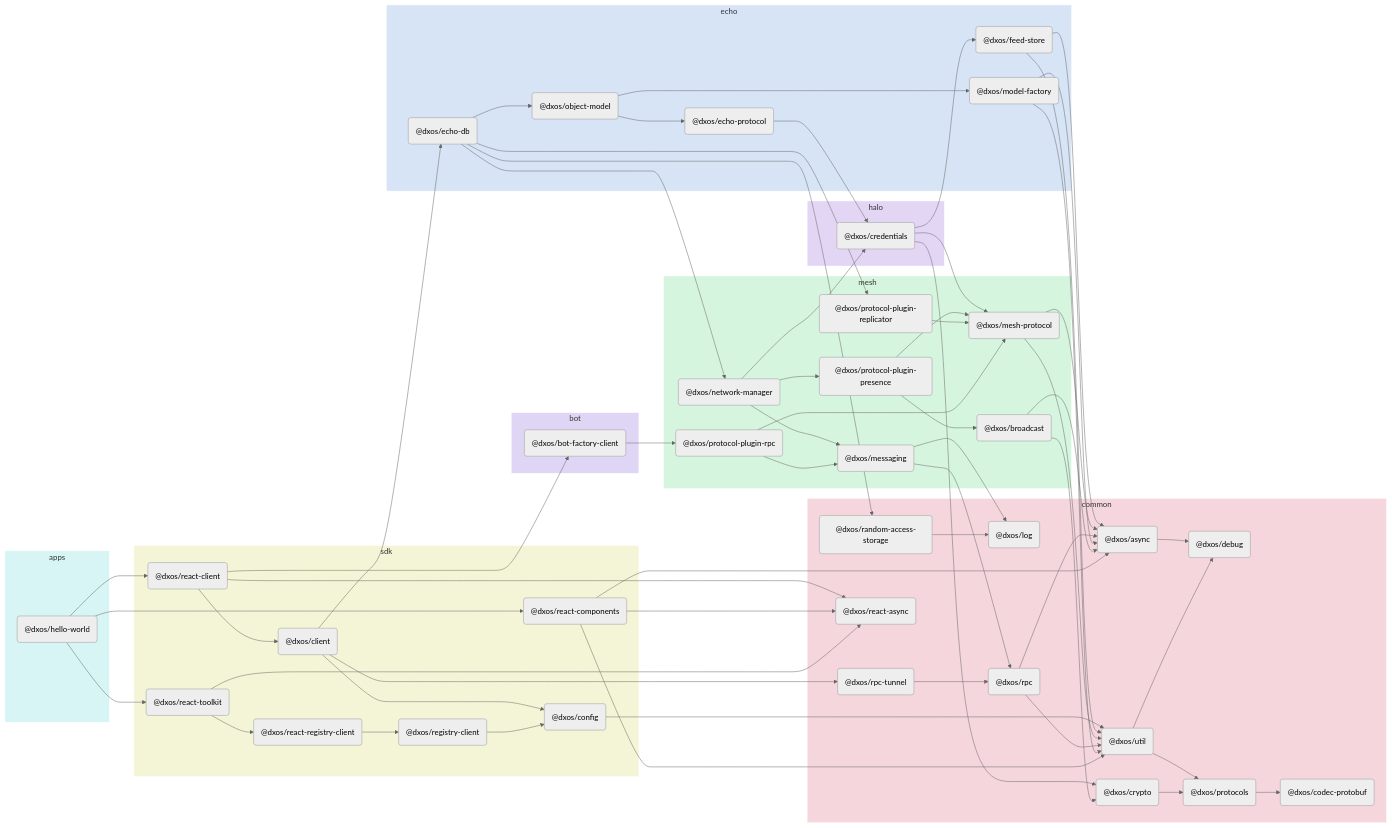
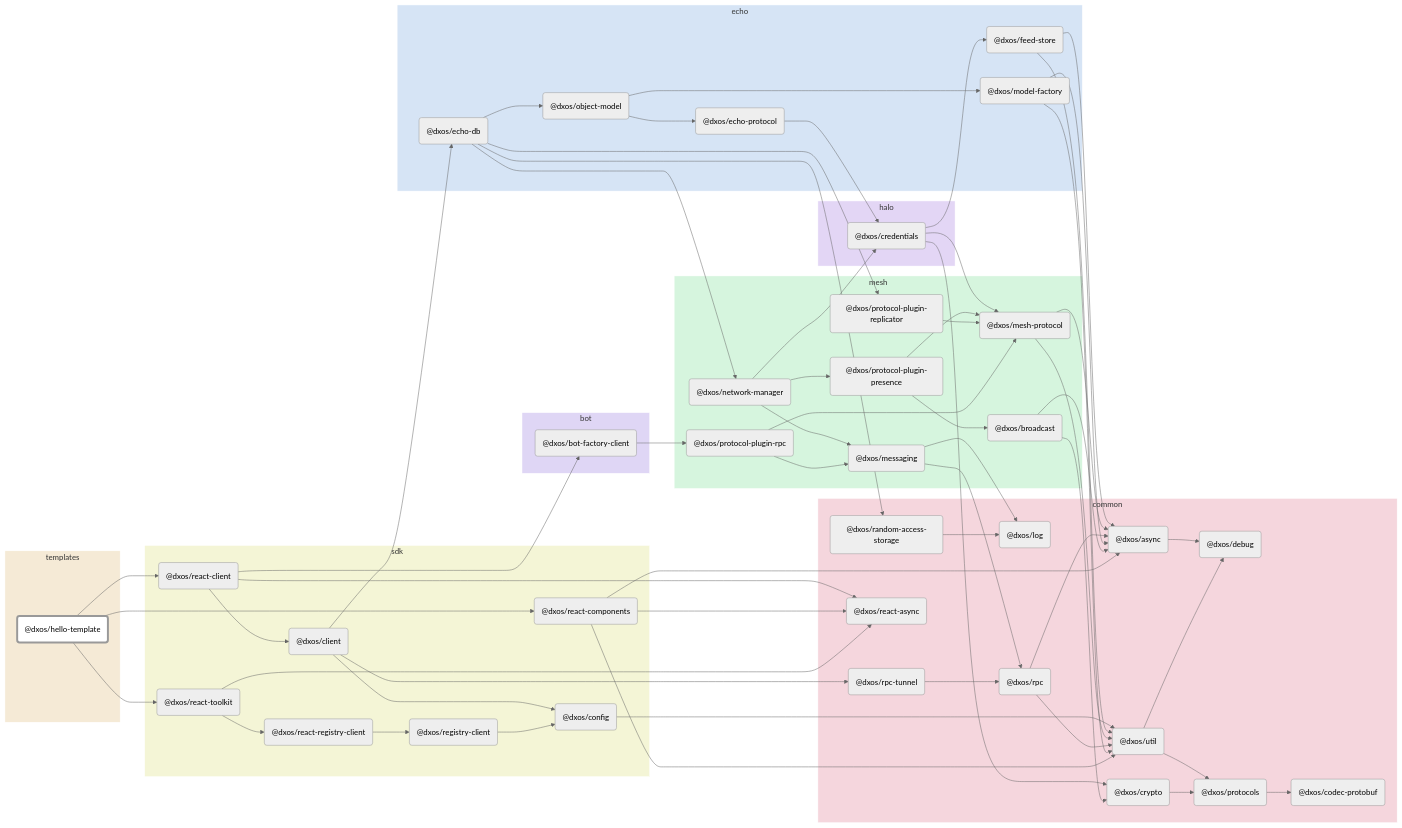
Before and after one commit to dxos/dxos: the diagram in apps/hello-world/docs/README.md, drawn with Mermaid (neutral theme). The commit also changed other lines of this file and 88 other files, not shown here.

````diff
--- a/apps/hello-world/docs/README.md
+++ b/apps/hello-world/docs/README.md
@@ -5,9 +7,30 @@
 ```mermaid
 flowchart LR;
 
-subgraph apps
-  style apps fill:#d6f5f4,stroke:#fff;
-  dxos/hello-world("@dxos/hello-world");
+style dxos/hello-template fill:#fff,stroke-width:4px;
+
+click dxos/client "https:/github.com/dxos/dxos/tree/main/packages/sdk/client/docs";
+click dxos/async "https:/github.com/dxos/dxos/tree/main/packages/common/async/docs";
+click dxos/codec-protobuf "https:/github.com/dxos/dxos/tree/main/packages/common/codec-protobuf/docs";
+click dxos/config "https:/github.com/dxos/dxos/tree/main/packages/sdk/config/docs";
+click dxos/debug "https:/github.com/dxos/dxos/tree/main/packages/common/debug/docs";
+click dxos/echo-db "https:/github.com/dxos/dxos/tree/main/packages/echo/echo-db/docs";
+click dxos/model-factory "https:/github.com/dxos/dxos/tree/main/packages/echo/model-factory/docs";
+click dxos/protocols "https:/github.com/dxos/dxos/tree/main/packages/common/protocols/docs";
+click dxos/rpc "https:/github.com/dxos/dxos/tree/main/packages/common/rpc/docs";
+click dxos/rpc-tunnel "https:/github.com/dxos/dxos/tree/main/packages/common/rpc-tunnel/docs";
+click dxos/messaging "https:/github.com/dxos/dxos/tree/main/packages/mesh/messaging/docs";
+click dxos/util "https:/github.com/dxos/dxos/tree/main/packages/common/util/docs";
+click dxos/react-client "https:/github.com/dxos/dxos/tree/main/packages/sdk/react-client/docs";
+click dxos/bot-factory-client "https:/github.com/dxos/dxos/tree/main/packages/bot/bot-factory-client/docs";
+click dxos/react-async "https:/github.com/dxos/dxos/tree/main/packages/common/react-async/docs";
+click dxos/react-components "https:/github.com/dxos/dxos/tree/main/packages/sdk/react-components/docs";
+click dxos/react-toolkit "https:/github.com/dxos/dxos/tree/main/packages/sdk/react-toolkit/docs";
+click dxos/react-registry-client "https:/github.com/dxos/dxos/tree/main/packages/sdk/react-registry-client/docs";
+
+subgraph templates
+  style templates fill:#f5ead6,stroke:#fff;
+  dxos/hello-template("@dxos/hello-template");
 end
 
 subgraph sdk
@@ -105,18 +128,18 @@
 dxos/random-access-storage --> dxos/log;
 dxos/client --> dxos/rpc-tunnel;
 dxos/rpc-tunnel --> dxos/rpc;
-dxos/hello-world --> dxos/react-client;
+dxos/hello-template --> dxos/react-client;
 dxos/react-client --> dxos/bot-factory-client;
 dxos/bot-factory-client --> dxos/protocol-plugin-rpc;
 dxos/protocol-plugin-rpc --> dxos/messaging;
 dxos/protocol-plugin-rpc --> dxos/mesh-protocol;
 dxos/react-client --> dxos/client;
 dxos/react-client --> dxos/react-async;
-dxos/hello-world --> dxos/react-components;
+dxos/hello-template --> dxos/react-components;
 dxos/react-components --> dxos/async;
 dxos/react-components --> dxos/react-async;
 dxos/react-components --> dxos/util;
-dxos/hello-world --> dxos/react-toolkit;
+dxos/hello-template --> dxos/react-toolkit;
 dxos/react-toolkit --> dxos/react-async;
 dxos/react-toolkit --> dxos/react-registry-client;
 dxos/react-registry-client --> dxos/registry-client;
````
